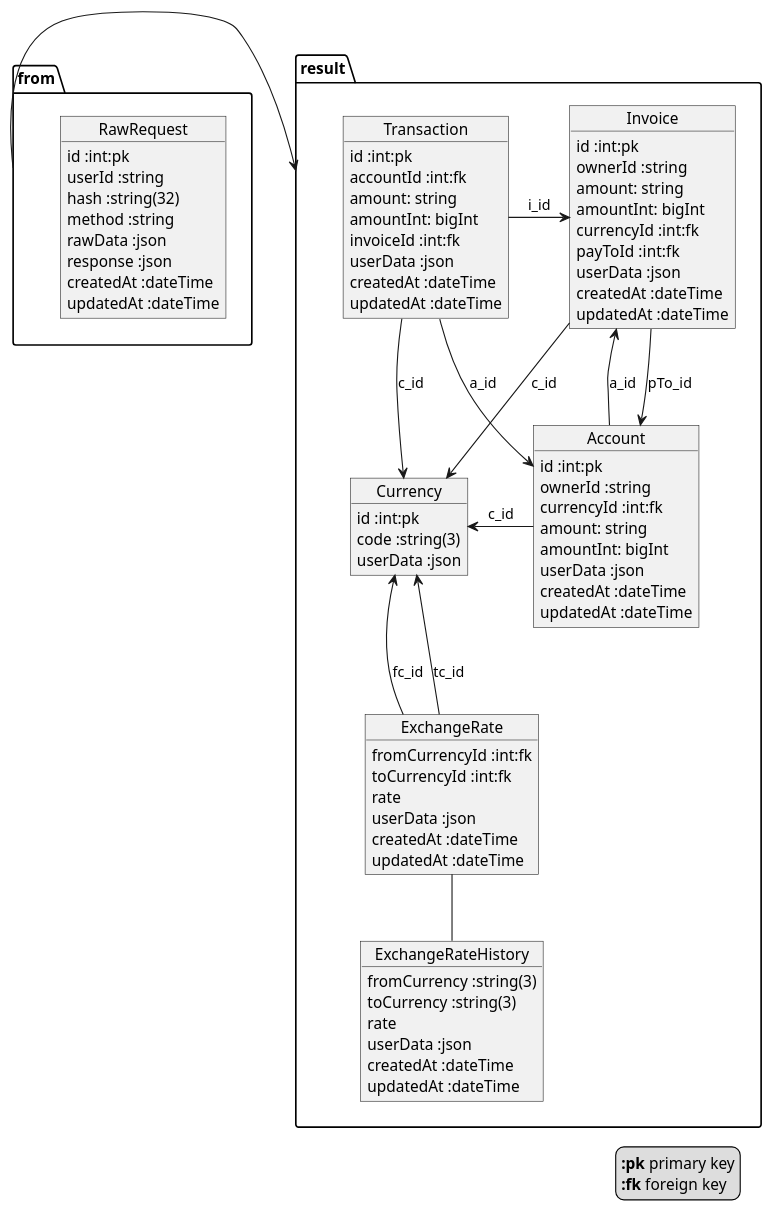
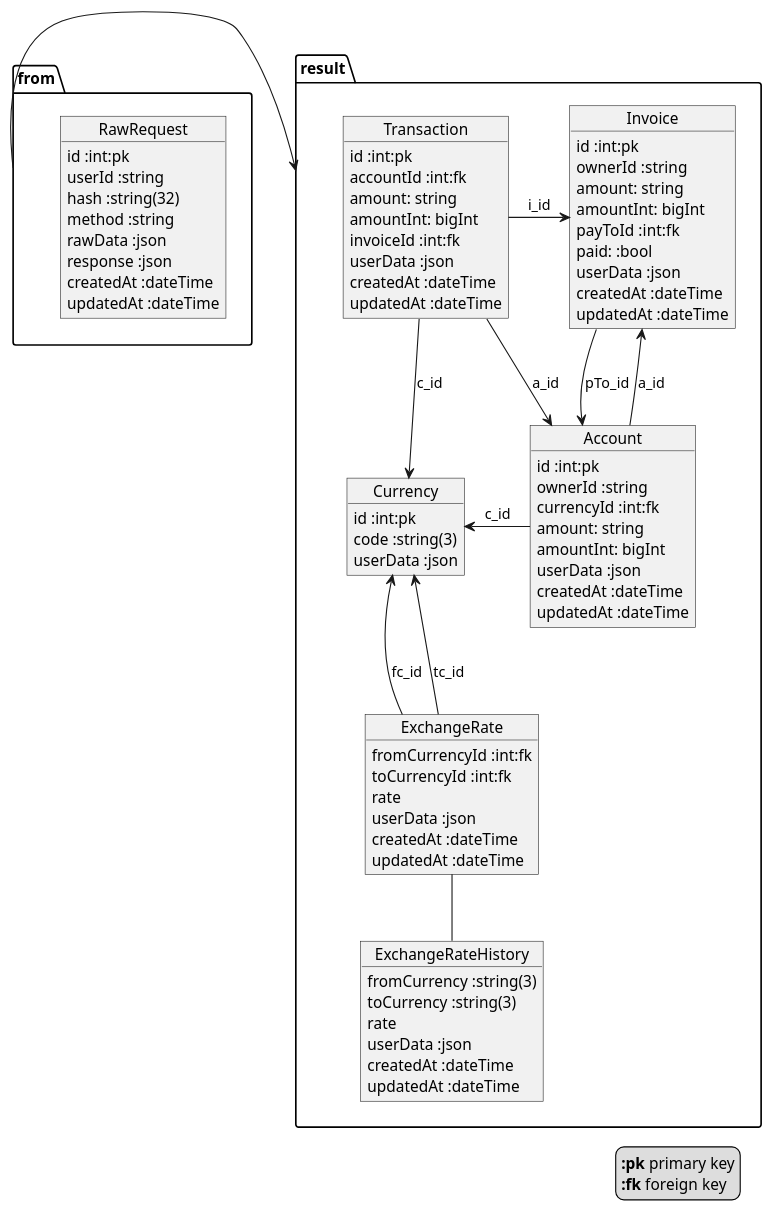
Before and after one commit to upsky/wlm: the diagram in finance/docs/schema.puml, drawn with PlantUML. The commit also changed 9 other files, not shown here.

Commit message:
remove currencyId field from Invoice: - it can be received throw accountId association; add boolean "paid" field to Invoice; fix bugs in entities allowNull declaration; refactor ORM classMethods;

```diff
--- a/finance/docs/schema.puml
+++ b/finance/docs/schema.puml
@@ -1,95 +1,94 @@
 @startuml
 
 package from {
     object RawRequest {
         id :int:pk
         userId :string
         hash :string(32)
         method :string
         rawData :json
         response :json
         createdAt :dateTime
         updatedAt :dateTime
     }
 }
 
 package result {
     object Currency {
         id :int:pk
         code :string(3)
         userData :json
     }
 
     object Account {
         id :int:pk
         ownerId :string
         currencyId :int:fk
         amount: string
         amountInt: bigInt
         userData :json
         createdAt :dateTime
         updatedAt :dateTime
     }
 
     object Transaction {
         id :int:pk
         accountId :int:fk
         amount: string
         amountInt: bigInt
         invoiceId :int:fk
         userData :json
         createdAt :dateTime
         updatedAt :dateTime
     }
 
     object Invoice {
         id :int:pk
         ownerId :string
         amount: string
         amountInt: bigInt
-        currencyId :int:fk
         payToId :int:fk
+        paid: :bool
         userData :json
         createdAt :dateTime
         updatedAt :dateTime
     }
 
     object ExchangeRate {
         fromCurrencyId :int:fk
         toCurrencyId :int:fk
         rate
         userData :json
         createdAt :dateTime
         updatedAt :dateTime
     }
 
     object ExchangeRateHistory {
         fromCurrency :string(3)
         toCurrency :string(3)
         rate
         userData :json
         createdAt :dateTime
         updatedAt :dateTime
     }
 
 }
 
 from -right-> result
 
 Account -left-> Currency:c_id
 Transaction -down-> Account:a_id
 Transaction -down-> Currency:c_id
-Invoice -down-> Currency:c_id
 Invoice -down-> Account:pTo_id
 Account -up-> Invoice:a_id
 ExchangeRate -up-> Currency:fc_id
 ExchangeRate -up-> Currency:tc_id
-Transaction -left-> Invoice:i_id
+Transaction -right-> Invoice:i_id
 ExchangeRateHistory -up- ExchangeRate
 
 legend right
   <b>:pk</b> primary key
   <b>:fk</b> foreign key
 endlegend
 
 @enduml
```
